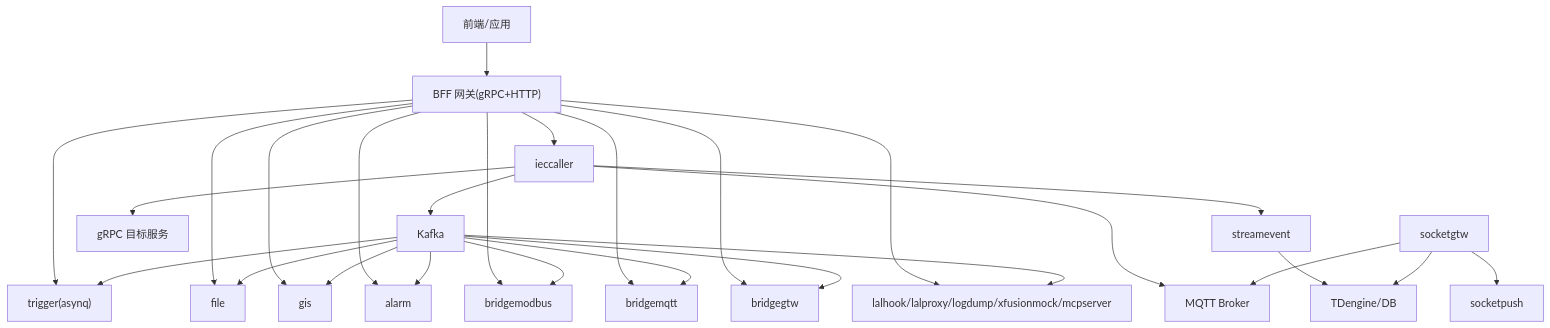
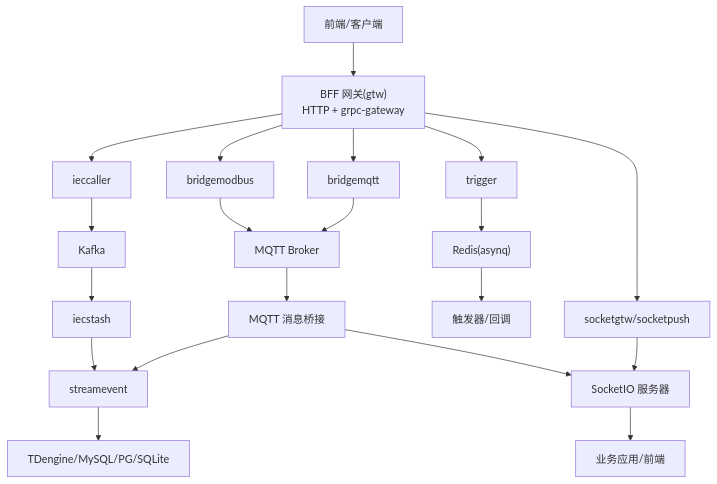
Before and after one commit to maomao94/zero-service: the second of 6 diagrams in .qoder/repowiki/zh/content/项目概述/项目概述.md, drawn with Mermaid. The commit also changed other lines of this file and 362 other files, not shown here.

````diff
--- a/.qoder/repowiki/zh/content/项目概述/项目概述.md
+++ b/.qoder/repowiki/zh/content/项目概述/项目概述.md
@@ -158,29 +116,22 @@
 ```mermaid
 graph TB
-FRONT["前端/应用"] --> GTW["BFF 网关(gRPC+HTTP)"]
-GTW --> SVC1["ieccaller"]
-GTW --> SVC2["trigger"]
-GTW --> SVC3["file"]
-GTW --> SVC4["gis"]
-GTW --> SVC5["alarm"]
-GTW --> SVC6["bridgemodbus"]
-GTW --> SVC7["bridgemqtt"]
-GTW --> SVC8["bridgegtw"]
-GTW --> SVC9["lalhook/lalproxy/logdump/xfusionmock/mcpserver"]
-SVC1 --> KAFKA["Kafka"]
-KAFKA --> SVC2["trigger(asynq)"]
-KAFKA --> SVC3["file"]
-KAFKA --> SVC4["gis"]
-KAFKA --> SVC5["alarm"]
-KAFKA --> SVC6["bridgemodbus"]
-KAFKA --> SVC7["bridgemqtt"]
-KAFKA --> SVC8["bridgegtw"]
-KAFKA --> SVC9["lalhook/lalproxy/logdump/xfusionmock/mcpserver"]
-SVC1 --> MQTT["MQTT Broker"]
-SVC1 --> GRPC["gRPC 目标服务"]
-SVC1 --> STREAMEVENT["streamevent"]
-STREAMEVENT --> TD["TDengine/DB"]
-SGTW["socketgtw"] --> SPUSH["socketpush"]
-SGTW --> MQTT
-SGTW --> TD
+U["前端/客户端"] --> GW["BFF 网关(gtw)<br/>HTTP + grpc-gateway"]
+GW --> SVC1["ieccaller"]
+GW --> SVC2["bridgemodbus"]
+GW --> SVC3["bridgemqtt"]
+GW --> SVC4["trigger"]
+GW --> SVC5["socketgtw/socketpush"]
+SVC1 --> K["Kafka"]
+SVC2 --> M["MQTT Broker"]
+SVC3 --> M
+SVC4 --> R["Redis(asynq)"]
+SVC5 --> SIO["SocketIO 服务器"]
+K --> STASH["iecstash"]
+STASH --> SE["streamevent"]
+SE --> DB["TDengine/MySQL/PG/SQLite"]
+M --> BRIDGE["MQTT 消息桥接"]
+BRIDGE --> SE
+BRIDGE --> SIO
+R --> TRIG["触发器/回调"]
+SIO --> APP["业务应用/前端"]
 ```
````
